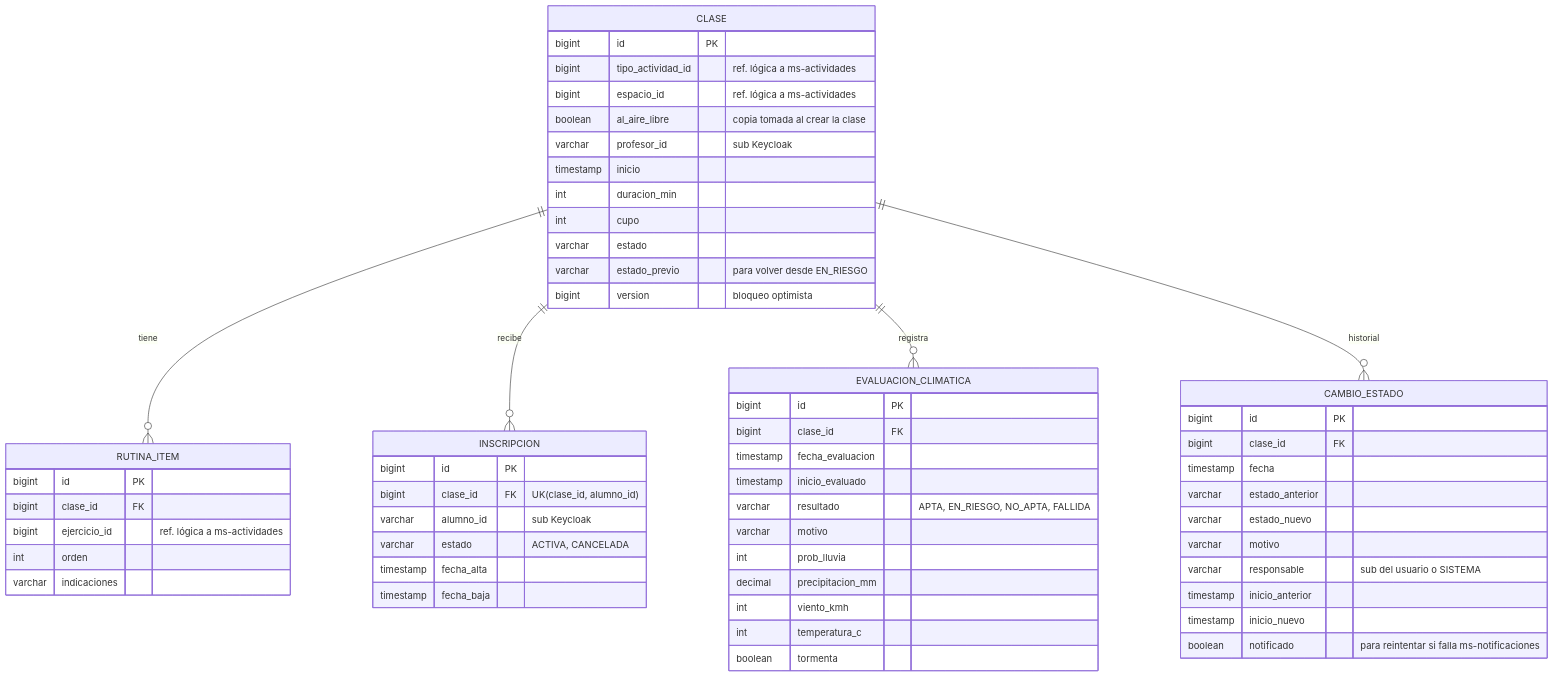
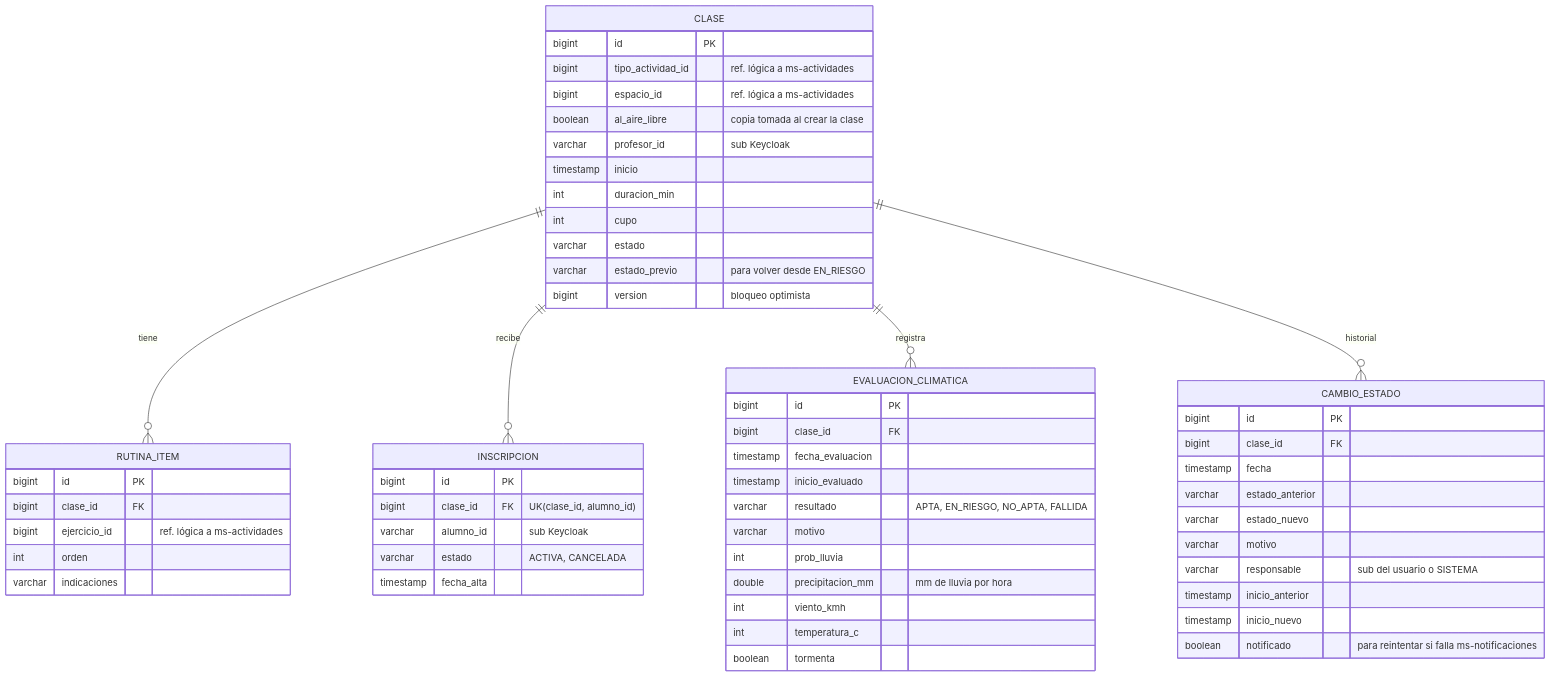
The diagram in docs/diagramas/der-clases.mmd (tomy91449/climafit), drawn with Mermaid before and after one commit. The commit also changed 15 other files, not shown here.

First line of the commit message:
Diagramas y documentación al día

```diff
--- a/docs/diagramas/der-clases.mmd
+++ b/docs/diagramas/der-clases.mmd
@@ -1,59 +1,58 @@
 %% DER - clases_db (administrada por ms-clases)
 erDiagram
   CLASE {
     bigint id PK
     bigint tipo_actividad_id "ref. lógica a ms-actividades"
     bigint espacio_id "ref. lógica a ms-actividades"
     boolean al_aire_libre "copia tomada al crear la clase"
     varchar profesor_id "sub Keycloak"
     timestamp inicio
     int duracion_min
     int cupo
     varchar estado
     varchar estado_previo "para volver desde EN_RIESGO"
     bigint version "bloqueo optimista"
   }
   RUTINA_ITEM {
     bigint id PK
     bigint clase_id FK
     bigint ejercicio_id "ref. lógica a ms-actividades"
     int orden
     varchar indicaciones
   }
   INSCRIPCION {
     bigint id PK
     bigint clase_id FK "UK(clase_id, alumno_id)"
     varchar alumno_id "sub Keycloak"
     varchar estado "ACTIVA, CANCELADA"
     timestamp fecha_alta
-    timestamp fecha_baja
   }
   EVALUACION_CLIMATICA {
     bigint id PK
     bigint clase_id FK
     timestamp fecha_evaluacion
     timestamp inicio_evaluado
     varchar resultado "APTA, EN_RIESGO, NO_APTA, FALLIDA"
     varchar motivo
     int prob_lluvia
-    decimal precipitacion_mm
+    double precipitacion_mm "mm de lluvia por hora"
     int viento_kmh
     int temperatura_c
     boolean tormenta
   }
   CAMBIO_ESTADO {
     bigint id PK
     bigint clase_id FK
     timestamp fecha
     varchar estado_anterior
     varchar estado_nuevo
     varchar motivo
     varchar responsable "sub del usuario o SISTEMA"
     timestamp inicio_anterior
     timestamp inicio_nuevo
     boolean notificado "para reintentar si falla ms-notificaciones"
   }
   CLASE ||--o{ RUTINA_ITEM : "tiene"
   CLASE ||--o{ INSCRIPCION : "recibe"
   CLASE ||--o{ EVALUACION_CLIMATICA : "registra"
   CLASE ||--o{ CAMBIO_ESTADO : "historial"
```
